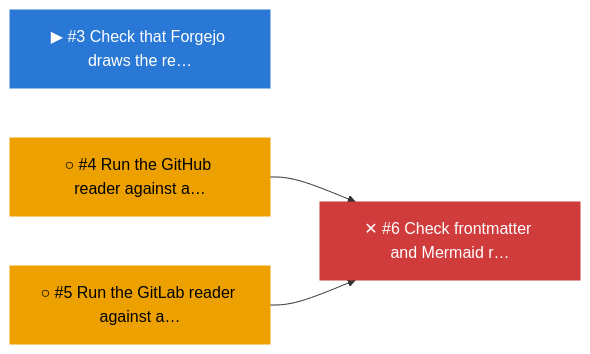
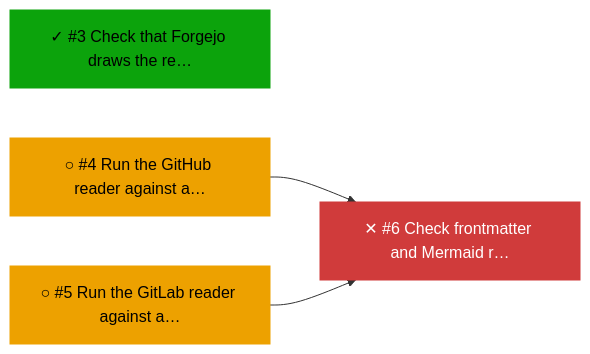
Before and after one commit to bvraghav/pmtrack: the second of 2 diagrams in progress/forges.md, drawn with Mermaid. The commit also changed other lines of this file and 5 other files, not shown here.

````diff
--- a/progress/forges.md
+++ b/progress/forges.md
@@ -44,15 +44,15 @@
 ```mermaid
 flowchart LR
-  n0["▶ #3 Check that Forgejo draws the re…"]:::active
+  n0["✓ #3 Check that Forgejo draws the re…"]:::done
   n1["○ #4 Run the GitHub reader against a…"]:::ready
   n2["○ #5 Run the GitLab reader against a…"]:::ready
   n3["✕ #6 Check frontmatter and Mermaid r…"]:::blocked
   n1 --> n3
   n2 --> n3
   classDef done fill:#0ca30c,color:#000,stroke:#0ca30c
   classDef active fill:#2a78d6,color:#fff,stroke:#2a78d6
   classDef ready fill:#eda100,color:#000,stroke:#eda100
   classDef blocked fill:#d03b3b,color:#fff,stroke:#d03b3b
   classDef unknown fill:#898781,color:#000,stroke:#898781
   classDef dropped fill:#898781,color:#000,stroke:#898781
 ```
````
